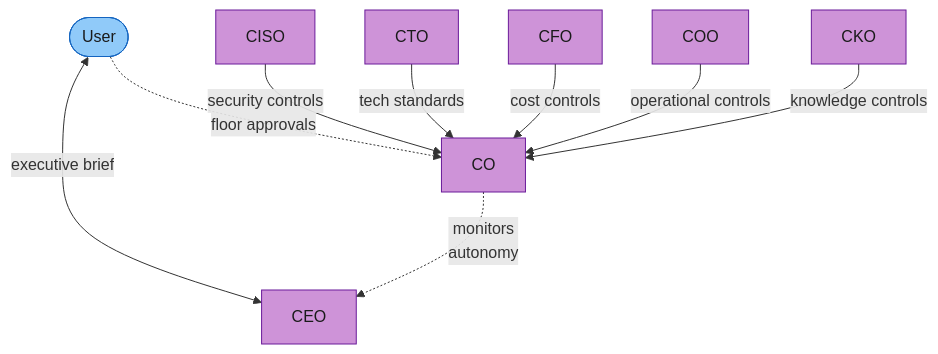
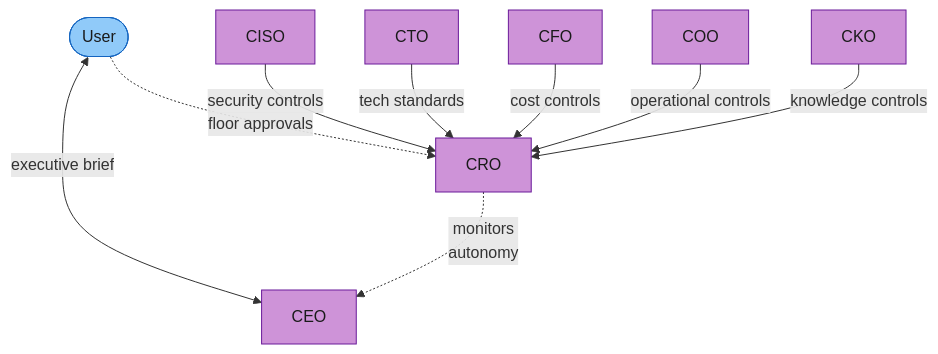
Before and after one commit to rdunie/venutian-antfarm: the second of 23 diagrams in docs/COLLABORATION-MODEL.md, drawn with Mermaid. The commit also changed other lines of this file, not shown here.

First line of the commit message:
docs: update COLLABORATION-MODEL.md for CRO rename and multi-floor

````diff
--- a/docs/COLLABORATION-MODEL.md
+++ b/docs/COLLABORATION-MODEL.md
@@ -81,29 +81,29 @@
 ```mermaid
 flowchart TD
     USER(["User"])
-    CO["CO"]
+    CRO["CRO"]
     CISO["CISO"]
     CEO["CEO"]
     CTO["CTO"]
     CFO["CFO"]
     COO["COO"]
     CKO["CKO"]
 
-    USER -.->|"floor approvals"| CO
+    USER -.->|"floor approvals"| CRO
     USER <-->|"executive brief"| CEO
-    CISO -->|"security controls"| CO
-    CTO -->|"tech standards"| CO
-    CFO -->|"cost controls"| CO
-    COO -->|"operational controls"| CO
-    CKO -->|"knowledge controls"| CO
-    CO -.->|"monitors\nautonomy"| CEO
+    CISO -->|"security controls"| CRO
+    CTO -->|"tech standards"| CRO
+    CFO -->|"cost controls"| CRO
+    COO -->|"operational controls"| CRO
+    CKO -->|"knowledge controls"| CRO
+    CRO -.->|"monitors\nautonomy"| CEO
 
     style USER fill:#90caf9,stroke:#1565c0,color:#1a1a1a
-    style CO fill:#ce93d8,stroke:#6a1b9a,color:#1a1a1a
+    style CRO fill:#ce93d8,stroke:#6a1b9a,color:#1a1a1a
     style CISO fill:#ce93d8,stroke:#6a1b9a,color:#1a1a1a
     style CEO fill:#ce93d8,stroke:#6a1b9a,color:#1a1a1a
     style CTO fill:#ce93d8,stroke:#6a1b9a,color:#1a1a1a
     style CFO fill:#ce93d8,stroke:#6a1b9a,color:#1a1a1a
     style COO fill:#ce93d8,stroke:#6a1b9a,color:#1a1a1a
     style CKO fill:#ce93d8,stroke:#6a1b9a,color:#1a1a1a
 ```
````
